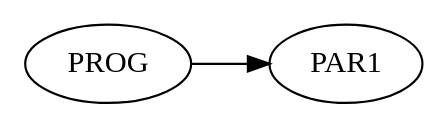
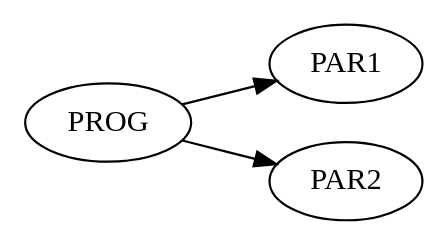
Before and after one commit to eclipse-che4z/che-che4z-lsp-for-cobol: the diagram in clients/analysis/src/__tests__/__resources__/cfgraph/case111.result.dot, drawn with Graphviz. The commit also changed 8 other files, not shown here.

```diff
--- a/clients/analysis/src/__tests__/__resources__/cfgraph/case111.result.dot
+++ b/clients/analysis/src/__tests__/__resources__/cfgraph/case111.result.dot
@@ -1,4 +1,5 @@
 digraph A {
 rankdir=LR;
 <PROG>-><PAR1>;
+<PROG>-><PAR2>;
 }
```
